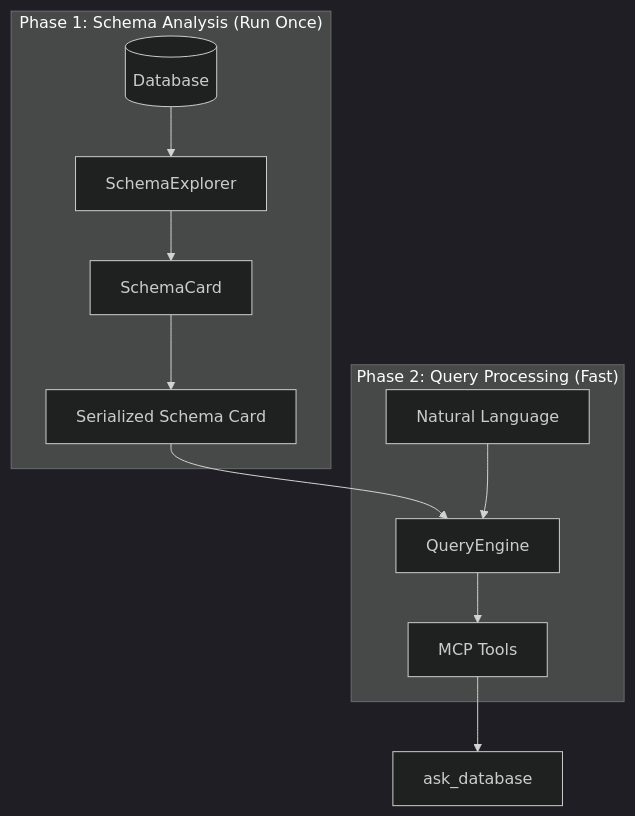
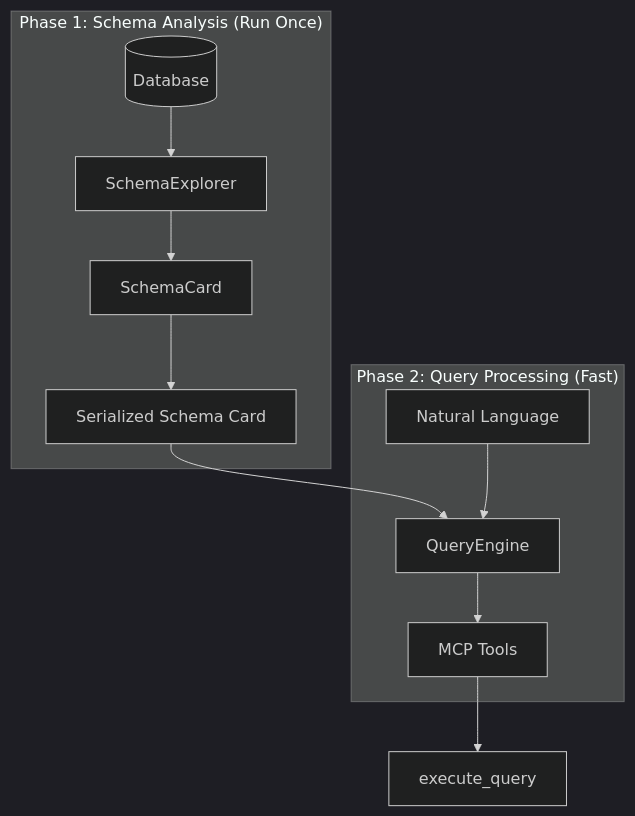
Before and after one commit to Mando-03/nl2sql-mcp: the diagram in README.md, drawn with Mermaid (dark theme). The commit also changed other lines of this file and 7 other files, not shown here.

First line of the commit message:
Add execute_query tool for direct SQL execution

````diff
--- a/README.md
+++ b/README.md
@@ -22,16 +22,16 @@
 ```mermaid
 graph TB
   subgraph "Phase 1: Schema Analysis (Run Once)"
     DB[(Database)] --> SE[SchemaExplorer]
     SE --> SC[SchemaCard]
     SC --> DISK[Serialized Schema Card]
   end
 
   subgraph "Phase 2: Query Processing (Fast)"
     DISK --> QE[QueryEngine]
     NLQ[Natural Language] --> QE
     QE --> MCP[MCP Tools]
   end
 
-  MCP --> AGENT[ask_database]
+  MCP --> EXEC[execute_query]
 ```
````
